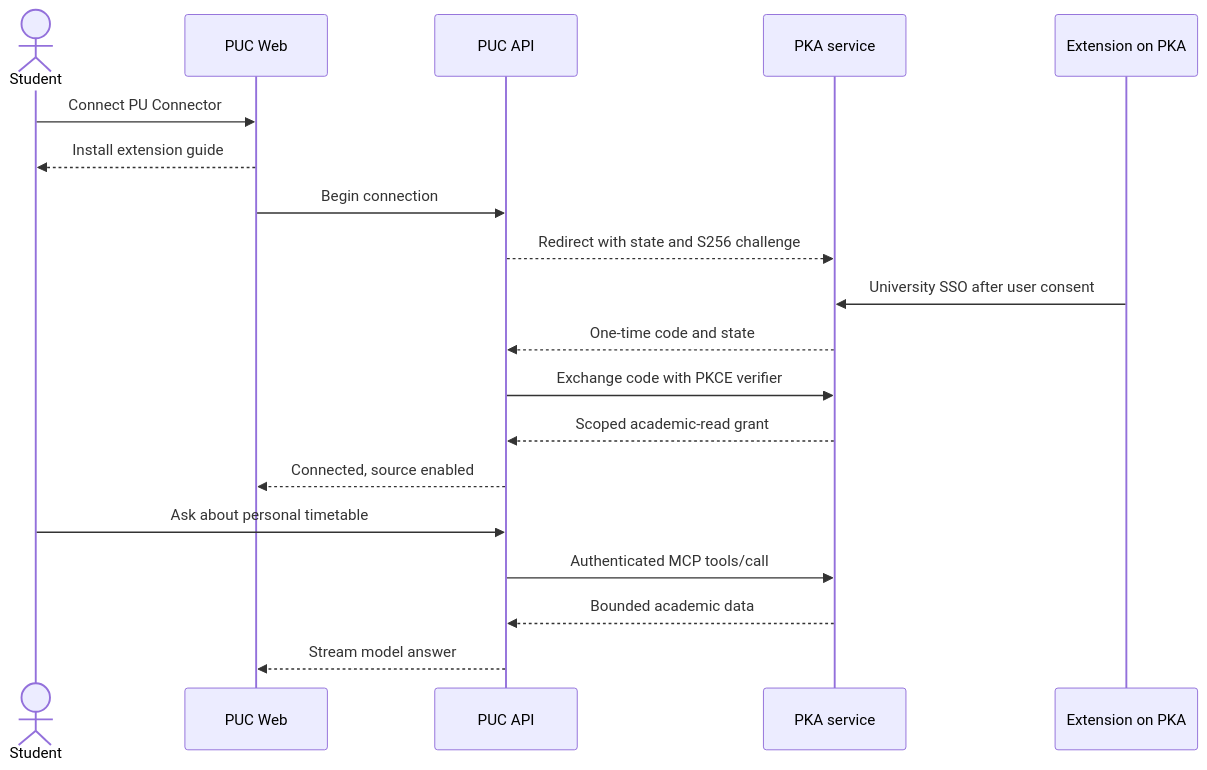
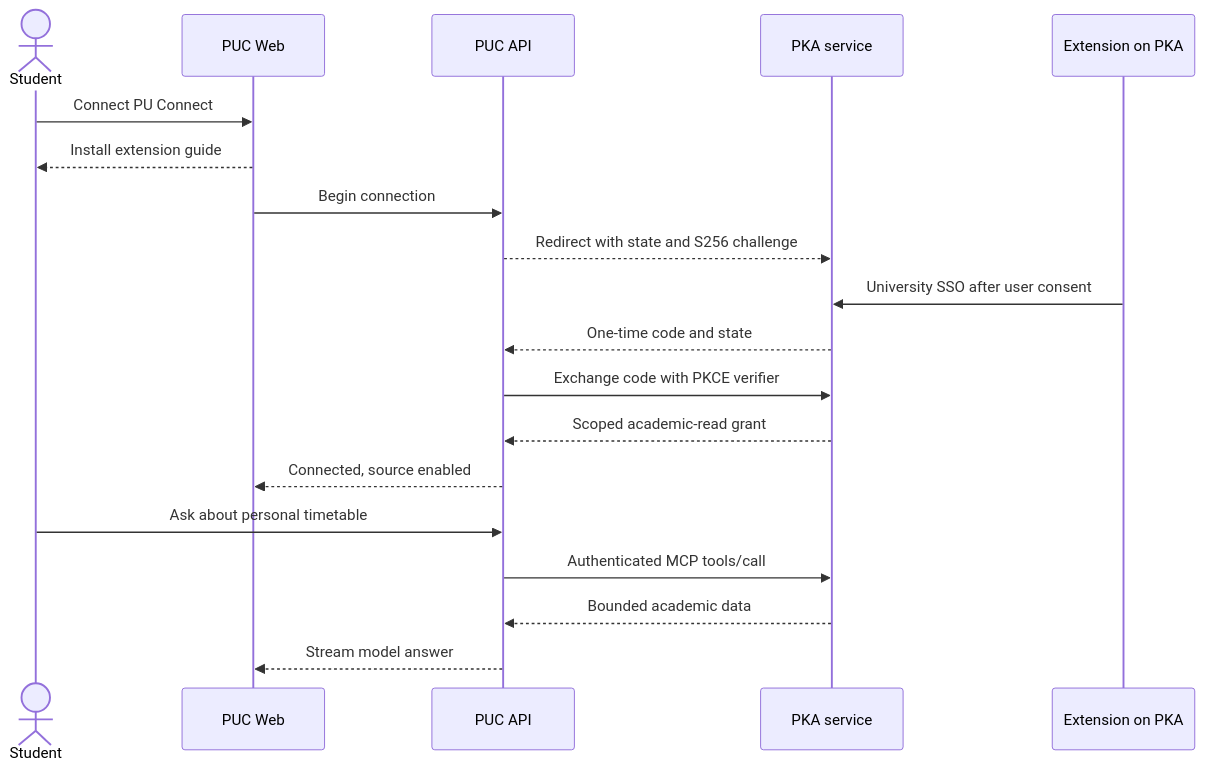
Before and after one commit to nhatcoi/pu-connect: diagram 12 of 12 in docs/diagrams/05-flows.md, drawn with Mermaid. The commit also changed other lines of this file and 122 other files, not shown here.

First line of the commit message:
chore: đổi tên thương hiệu PU Connector / PU Connection thành PU Connect

````diff
--- a/docs/diagrams/05-flows.md
+++ b/docs/diagrams/05-flows.md
@@ -374,21 +374,21 @@
 ```mermaid
 sequenceDiagram
   actor U as Student
   participant W as PUC Web
   participant A as PUC API
   participant P as PKA service
   participant E as Extension on PKA
-  U->>W: Connect PU Connector
+  U->>W: Connect PU Connect
   W-->>U: Install extension guide
   W->>A: Begin connection
   A-->>P: Redirect with state and S256 challenge
   E->>P: University SSO after user consent
   P-->>A: One-time code and state
   A->>P: Exchange code with PKCE verifier
   P-->>A: Scoped academic-read grant
   A-->>W: Connected, source enabled
   U->>A: Ask about personal timetable
   A->>P: Authenticated MCP tools/call
   P-->>A: Bounded academic data
   A-->>W: Stream model answer
 ```
````
